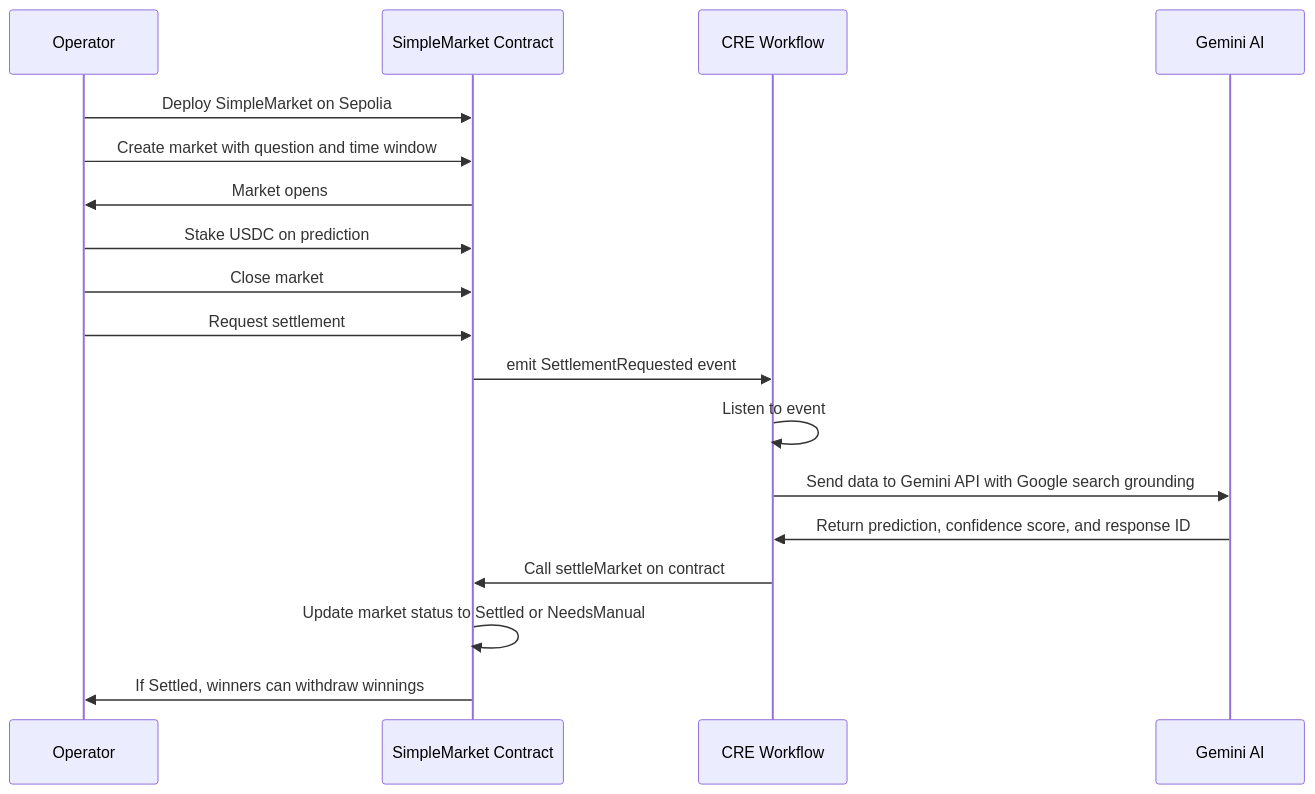
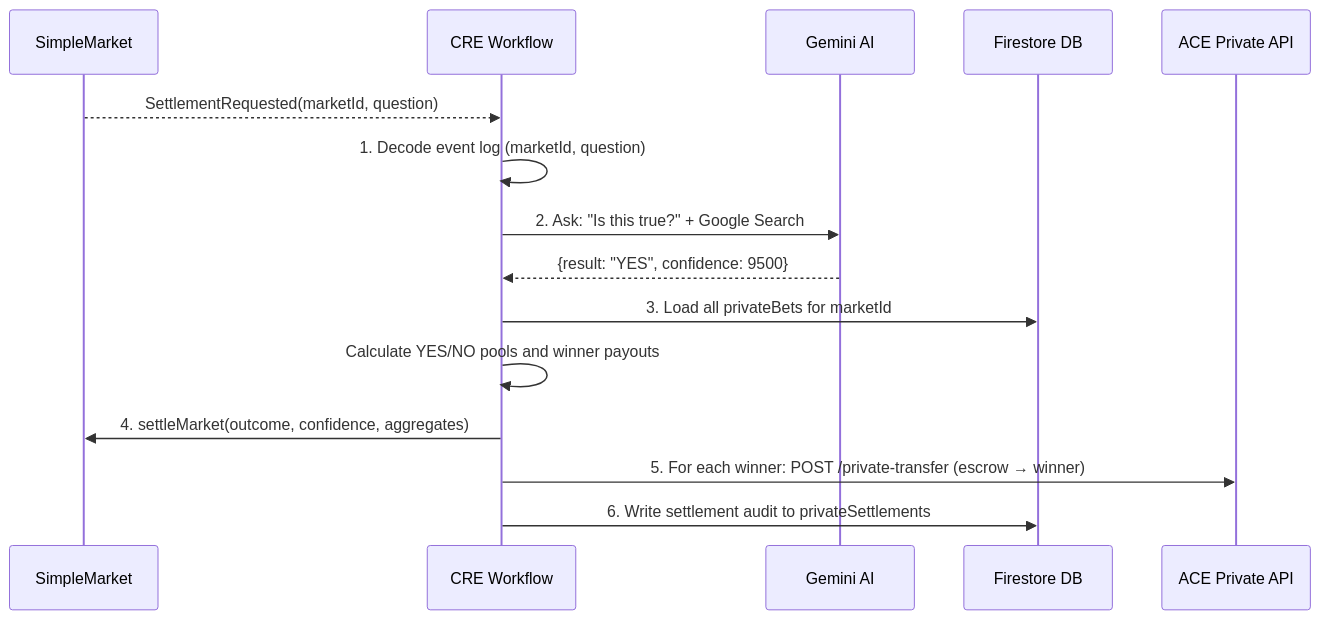
Before and after one commit to juSt-jeLLy/Veritasx: the diagram in cre-workflow/README.md, drawn with Mermaid. The commit also changed other lines of this file and 13 other files, not shown here.

````diff
--- a/cre-workflow/README.md
+++ b/cre-workflow/README.md
@@ -61,21 +74,18 @@
 ```mermaid
 sequenceDiagram
-    participant A as Operator
-    participant B as SimpleMarket Contract
-    participant C as CRE Workflow
-    participant D as Gemini AI
+    participant Contract as SimpleMarket
+    participant CRE as CRE Workflow
+    participant Gemini as Gemini AI
+    participant Firestore as Firestore DB
+    participant ACE as ACE Private API
 
-    A->>B: Deploy SimpleMarket on Sepolia
-    A->>B: Create market with question and time window
-    B->>A: Market opens
-    A->>B: Stake USDC on prediction
-    A->>B: Close market
-    A->>B: Request settlement
-    B->>C: emit SettlementRequested event
-    C->>C: Listen to event
-    C->>D: Send data to Gemini API with Google search grounding
-    D->>C: Return prediction, confidence score, and response ID
-    C->>B: Call settleMarket on contract
-    B->>B: Update market status to Settled or NeedsManual
-    B->>A: If Settled, winners can withdraw winnings
+    Contract-->>CRE: SettlementRequested(marketId, question)
+    CRE->>CRE: 1. Decode event log (marketId, question)
+    CRE->>Gemini: 2. Ask: "Is this true?" + Google Search
+    Gemini-->>CRE: {result: "YES", confidence: 9500}
+    CRE->>Firestore: 3. Load all privateBets for marketId
+    CRE->>CRE: Calculate YES/NO pools and winner payouts
+    CRE->>Contract: 4. settleMarket(outcome, confidence, aggregates)
+    CRE->>ACE: 5. For each winner: POST /private-transfer (escrow → winner)
+    CRE->>Firestore: 6. Write settlement audit to privateSettlements
 ```
````
